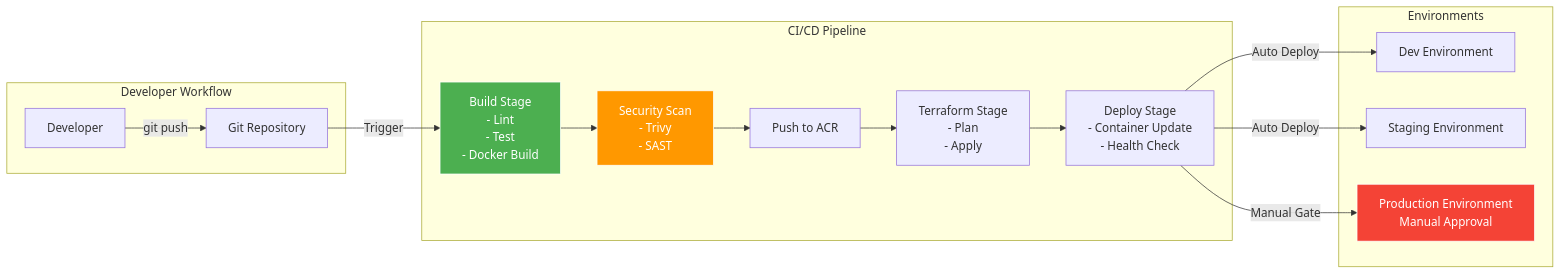
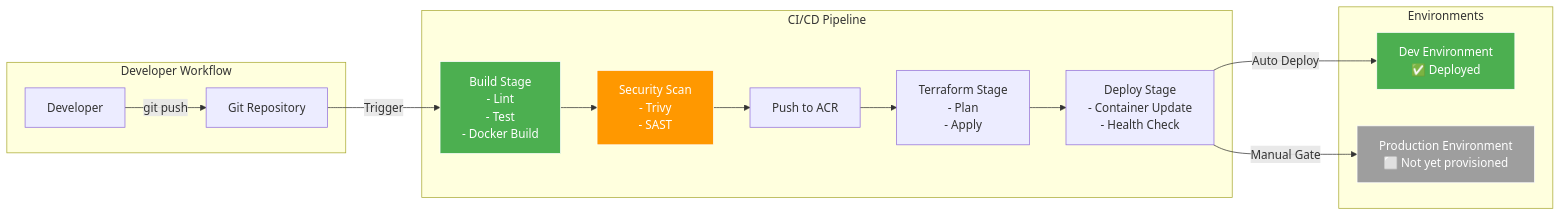
The second of 7 diagrams in documentation/architecture/architecture-diagram.md (sachajw/career-pollinate-assessment), drawn with Mermaid before and after one commit. The commit also changed other lines of this file and 10 other files, not shown here.

Commit message:
📦 REFACTOR: remove architecture summary

````diff
--- a/documentation/architecture/architecture-diagram.md
+++ b/documentation/architecture/architecture-diagram.md
@@ -70,35 +72,34 @@
 ```mermaid
 graph LR
     subgraph "Developer Workflow"
         DEV[Developer]
         GIT[Git Repository]
     end
 
     subgraph "CI/CD Pipeline"
         BUILD[Build Stage<br/>- Lint<br/>- Test<br/>- Docker Build]
         SCAN[Security Scan<br/>- Trivy<br/>- SAST]
         PUSH[Push to ACR]
         INFRA[Terraform Stage<br/>- Plan<br/>- Apply]
         DEPLOY[Deploy Stage<br/>- Container Update<br/>- Health Check]
     end
 
     subgraph "Environments"
-        DEVENV[Dev Environment]
-        STAGENV[Staging Environment]
-        PRODENV[Production Environment<br/>Manual Approval]
+        DEVENV[Dev Environment<br/>✅ Deployed]
+        PRODENV[Production Environment<br/>⬜ Not yet provisioned]
     end
 
     DEV -->|git push| GIT
     GIT -->|Trigger| BUILD
     BUILD --> SCAN
     SCAN --> PUSH
     PUSH --> INFRA
     INFRA --> DEPLOY
     DEPLOY -->|Auto Deploy| DEVENV
-    DEPLOY -->|Auto Deploy| STAGENV
     DEPLOY -->|Manual Gate| PRODENV
 
     style BUILD fill:#4caf50,stroke:#fff,color:#fff
     style SCAN fill:#ff9800,stroke:#fff,color:#fff
-    style PRODENV fill:#f44336,stroke:#fff,color:#fff
+    style DEVENV fill:#4caf50,stroke:#fff,color:#fff
+    style PRODENV fill:#9e9e9e,stroke:#fff,color:#fff
 ```
````
